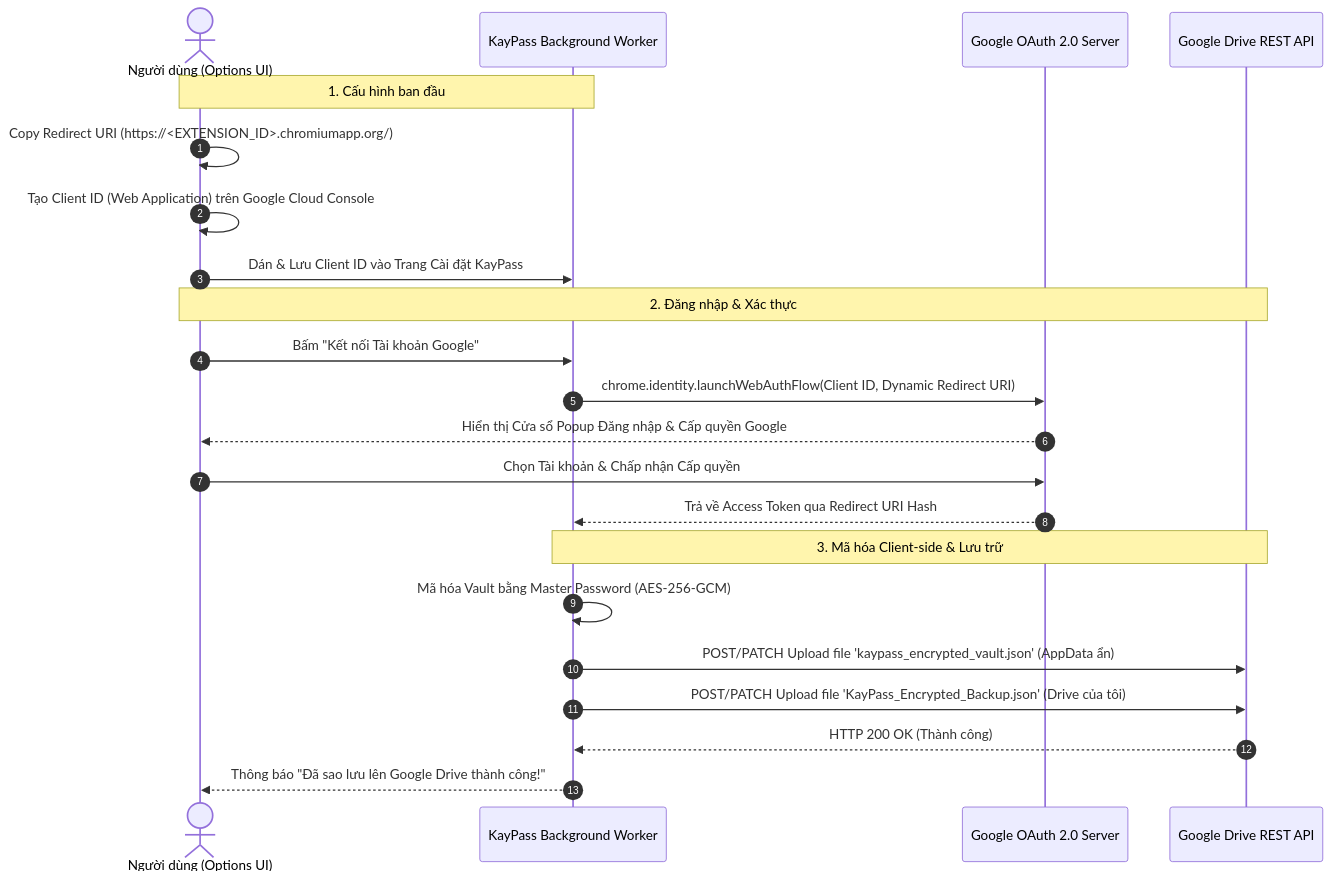
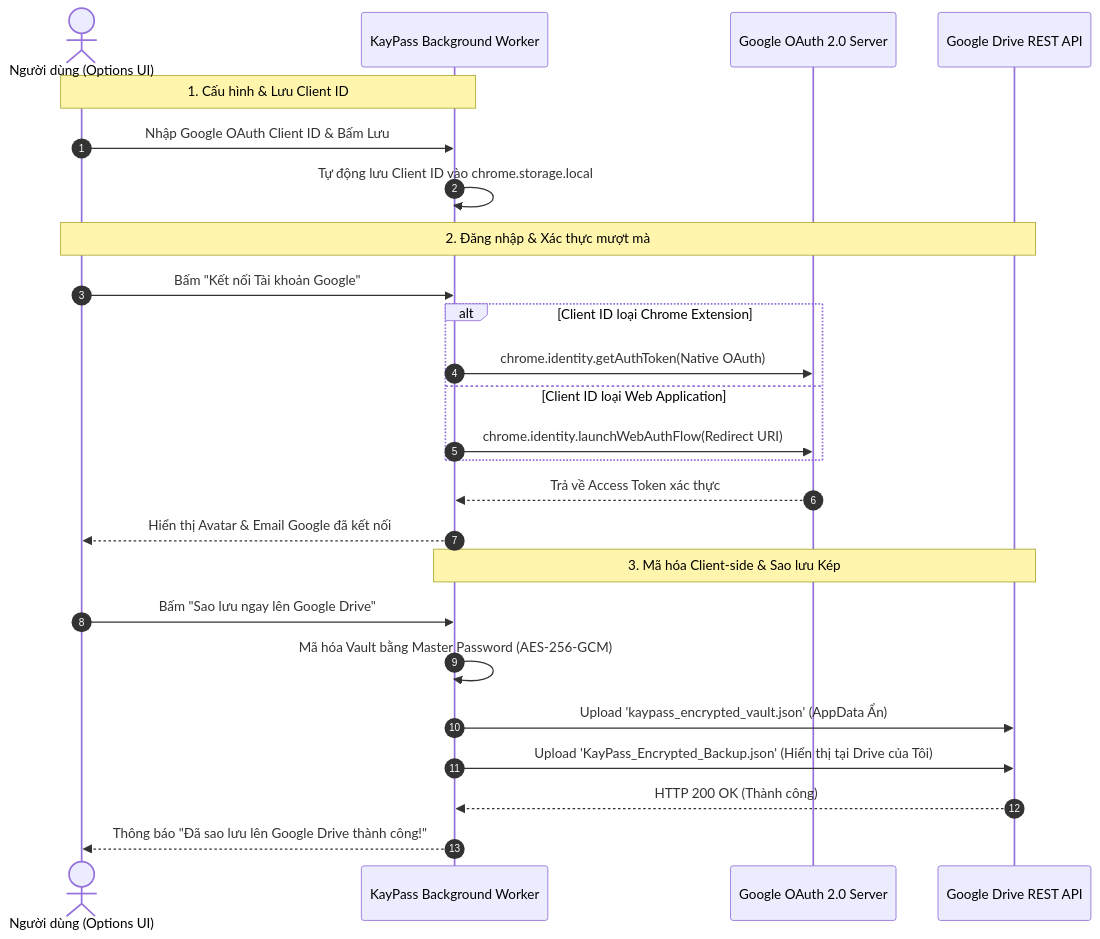
Before and after one commit to congkhuong/kaypass: the diagram in README.md, drawn with Mermaid. The commit also changed other lines of this file and 3 other files, not shown here.

````diff
--- a/README.md
+++ b/README.md
@@ -25,27 +51,30 @@
 ```mermaid
 sequenceDiagram
     autonumber
     actor User as Người dùng (Options UI)
     participant Extension as KayPass Background Worker
     participant GoogleAuth as Google OAuth 2.0 Server
     participant GoogleDrive as Google Drive REST API
 
-    Note over User, Extension: 1. Cấu hình ban đầu
-    User->>User: Copy Redirect URI (https://<EXTENSION_ID>.chromiumapp.org/)
-    User->>User: Tạo Client ID (Web Application) trên Google Cloud Console
-    User->>Extension: Dán & Lưu Client ID vào Trang Cài đặt KayPass
+    Note over User, Extension: 1. Cấu hình & Lưu Client ID
+    User->>Extension: Nhập Google OAuth Client ID & Bấm Lưu
+    Extension->>Extension: Tự động lưu Client ID vào chrome.storage.local
 
-    Note over User, GoogleDrive: 2. Đăng nhập & Xác thực
+    Note over User, GoogleDrive: 2. Đăng nhập & Xác thực mượt mà
     User->>Extension: Bấm "Kết nối Tài khoản Google"
-    Extension->>GoogleAuth: chrome.identity.launchWebAuthFlow(Client ID, Dynamic Redirect URI)
-    GoogleAuth-->>User: Hiển thị Cửa sổ Popup Đăng nhập & Cấp quyền Google
-    User->>GoogleAuth: Chọn Tài khoản & Chấp nhận Cấp quyền
-    GoogleAuth-->>Extension: Trả về Access Token qua Redirect URI Hash
+    alt Client ID loại Chrome Extension
+        Extension->>GoogleAuth: chrome.identity.getAuthToken(Native OAuth)
+    else Client ID loại Web Application
+        Extension->>GoogleAuth: chrome.identity.launchWebAuthFlow(Redirect URI)
+    end
+    GoogleAuth-->>Extension: Trả về Access Token xác thực
+    Extension-->>User: Hiển thị Avatar & Email Google đã kết nối
 
-    Note over Extension, GoogleDrive: 3. Mã hóa Client-side & Lưu trữ
+    Note over Extension, GoogleDrive: 3. Mã hóa Client-side & Sao lưu Kép
+    User->>Extension: Bấm "Sao lưu ngay lên Google Drive"
     Extension->>Extension: Mã hóa Vault bằng Master Password (AES-256-GCM)
-    Extension->>GoogleDrive: POST/PATCH Upload file 'kaypass_encrypted_vault.json' (AppData ẩn)
-    Extension->>GoogleDrive: POST/PATCH Upload file 'KayPass_Encrypted_Backup.json' (Drive của tôi)
+    Extension->>GoogleDrive: Upload 'kaypass_encrypted_vault.json' (AppData Ẩn)
+    Extension->>GoogleDrive: Upload 'KayPass_Encrypted_Backup.json' (Hiển thị tại Drive của Tôi)
     GoogleDrive-->>Extension: HTTP 200 OK (Thành công)
     Extension-->>User: Thông báo "Đã sao lưu lên Google Drive thành công!"
 ```
````
